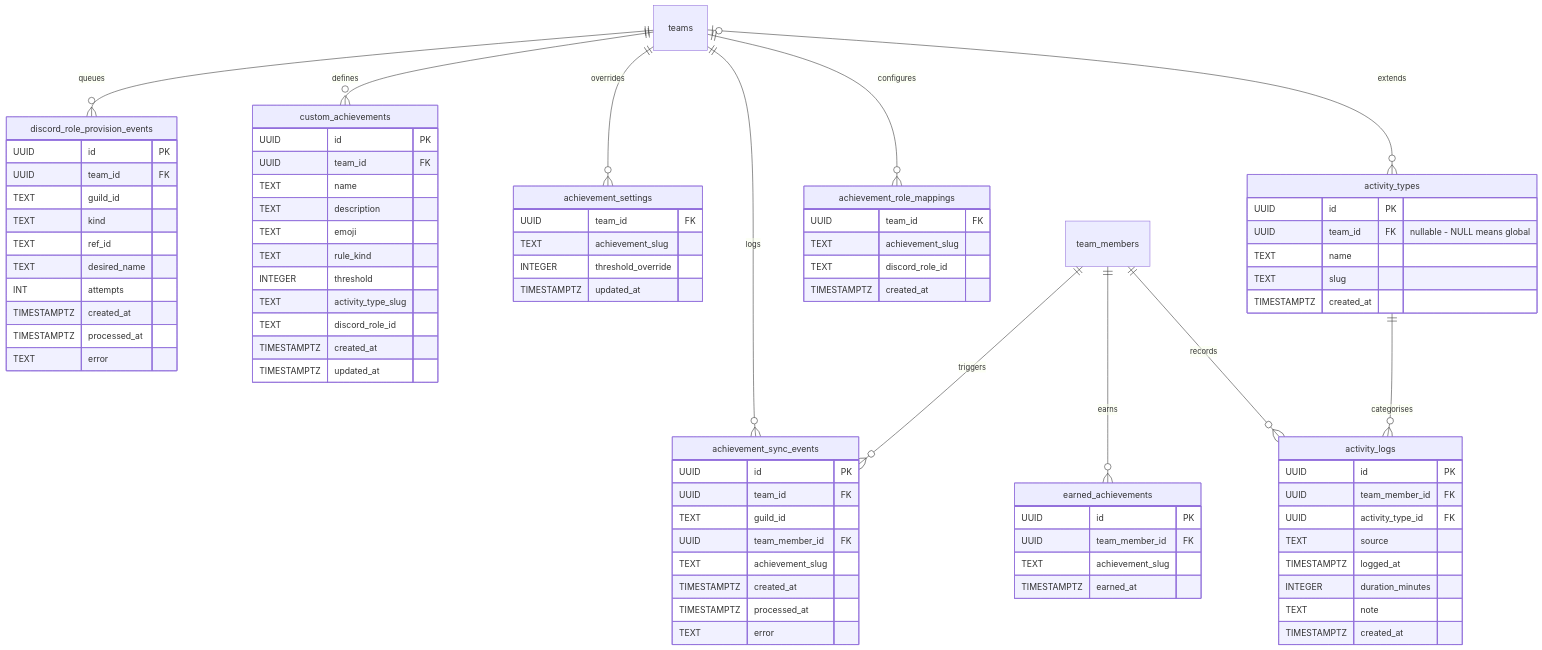
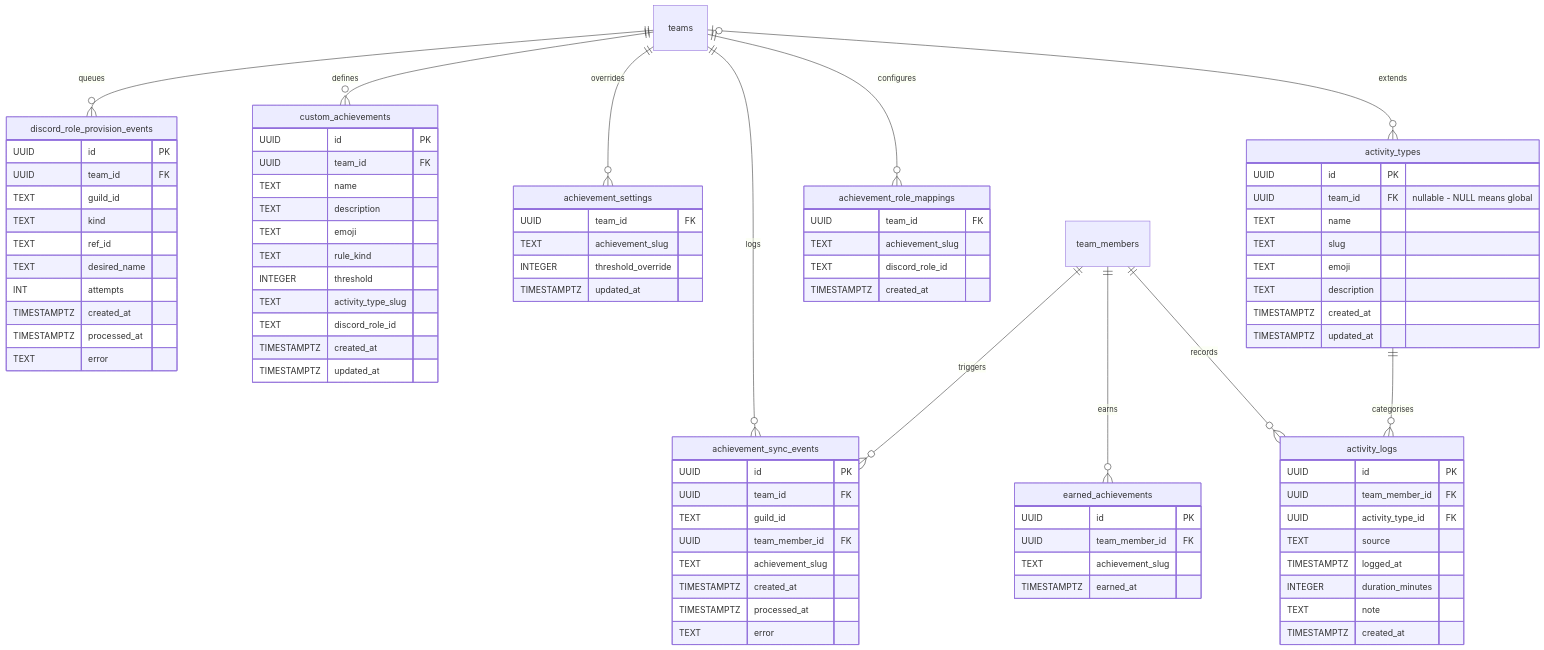
One commit to sideline-cz/sideline changed the ninth of 13 diagrams in docs/thesis/er-diagram.md. Above: the diagram before and after it, drawn with Mermaid. The commit also changed other lines of this file and 54 other files, not shown here.

```diff
--- a/docs/thesis/er-diagram.md
+++ b/docs/thesis/er-diagram.md
@@ -580,7 +580,10 @@
         UUID team_id FK "nullable - NULL means global"
         TEXT name
         TEXT slug
+        TEXT emoji
+        TEXT description
         TIMESTAMPTZ created_at
+        TIMESTAMPTZ updated_at
     }
 
     activity_logs {
```
